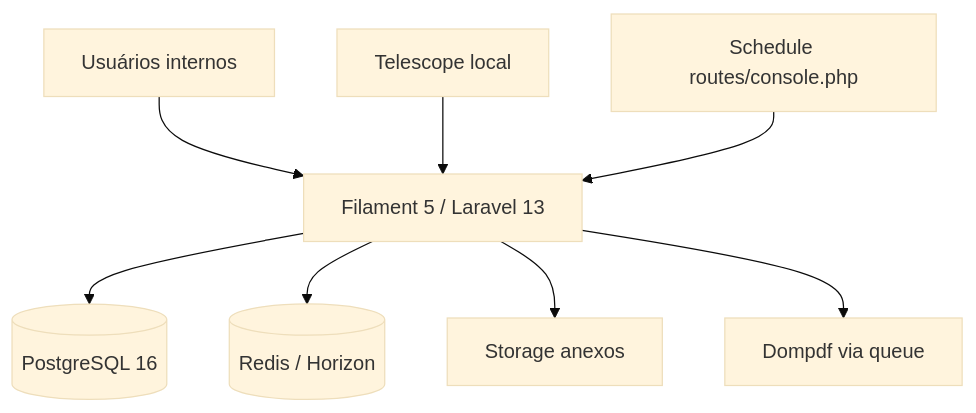
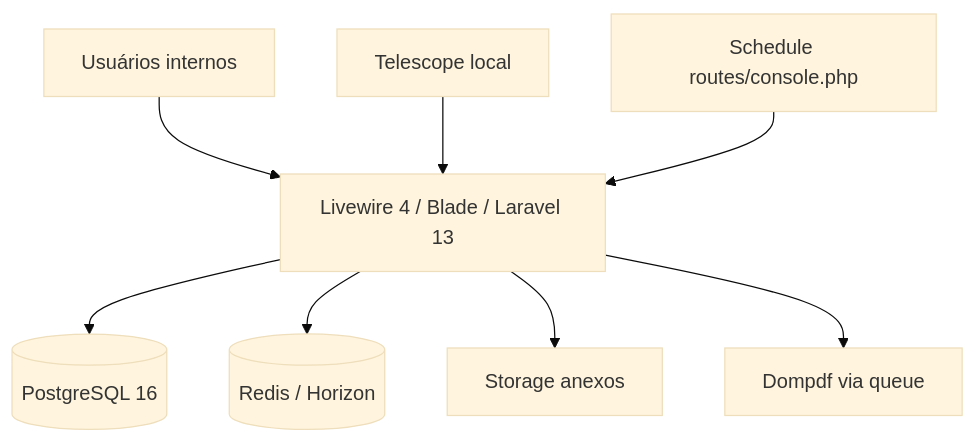
Before and after one commit to carlossong/cursor-erp: the first of 5 diagrams in docs/spec.md, drawn with Mermaid (base theme). The commit also changed other lines of this file and 159 other files, not shown here.

First line of the commit message:
Scaffold Laravel 13 with Livewire 4 and Blade.

````diff
--- a/docs/spec.md
+++ b/docs/spec.md
@@ -53,10 +53,10 @@
 ```mermaid
 flowchart TB
-  U[Usuários internos] --> F[Filament 5 / Laravel 13]
+  U[Usuários internos] --> F[Livewire 4 / Blade / Laravel 13]
   F --> DB[(PostgreSQL 16)]
   F --> R[(Redis / Horizon)]
   F --> S[Storage anexos]
   F --> PDF[Dompdf via queue]
   T[Telescope local] --> F
   J[Schedule routes/console.php] --> F
 ```
````
